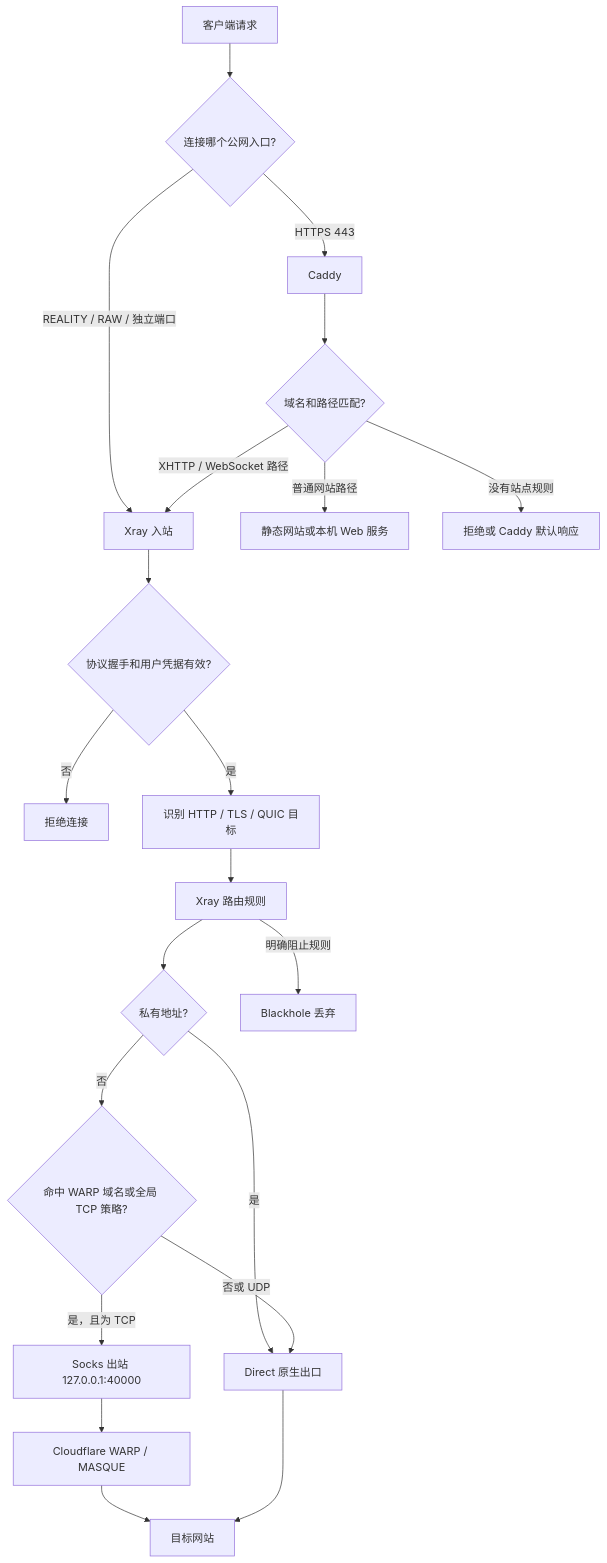
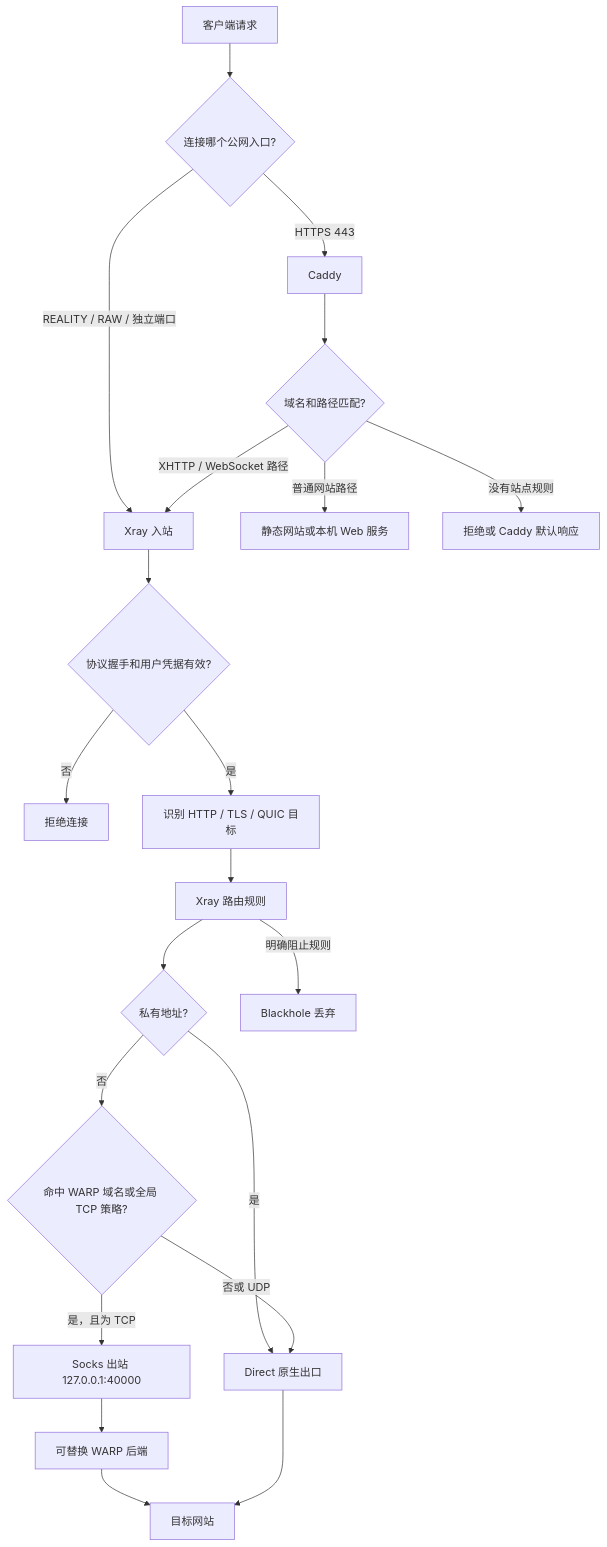
Before and after one commit to 0157Martin/v2ray-manager: the first of 4 diagrams in docs/PROJECT_GUIDE.md, drawn with Mermaid. The commit also changed other lines of this file and 3 other files, not shown here.

````diff
--- a/docs/PROJECT_GUIDE.md
+++ b/docs/PROJECT_GUIDE.md
@@ -68,26 +68,26 @@
 ```mermaid
 flowchart TD
     Client[客户端请求] --> Entry{连接哪个公网入口?}
     Entry -->|REALITY / RAW / 独立端口| XrayInbound[Xray 入站]
     Entry -->|HTTPS 443| Caddy[Caddy]
 
     Caddy --> Match{域名和路径匹配?}
     Match -->|普通网站路径| Website[静态网站或本机 Web 服务]
     Match -->|XHTTP / WebSocket 路径| XrayInbound
     Match -->|没有站点规则| Reject[拒绝或 Caddy 默认响应]
 
     XrayInbound --> Auth{协议握手和用户凭据有效?}
     Auth -->|否| Drop[拒绝连接]
     Auth -->|是| Sniff[识别 HTTP / TLS / QUIC 目标]
     Sniff --> Router[Xray 路由规则]
 
     Router --> Private{私有地址?}
     Private -->|是| Direct[Direct 原生出口]
     Private -->|否| WarpRule{命中 WARP 域名或全局 TCP 策略?}
     WarpRule -->|是，且为 TCP| Warp[Socks 出站 127.0.0.1:40000]
-    Warp --> WarpSvc[Cloudflare WARP / MASQUE]
+    Warp --> WarpSvc[可替换 WARP 后端]
     WarpSvc --> Target[目标网站]
     WarpRule -->|否或 UDP| Direct
     Direct --> Target
     Router -->|明确阻止规则| Block[Blackhole 丢弃]
 ```
````
